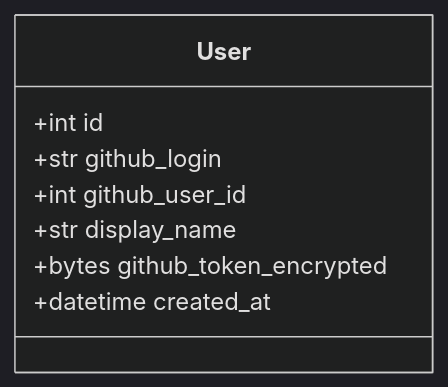
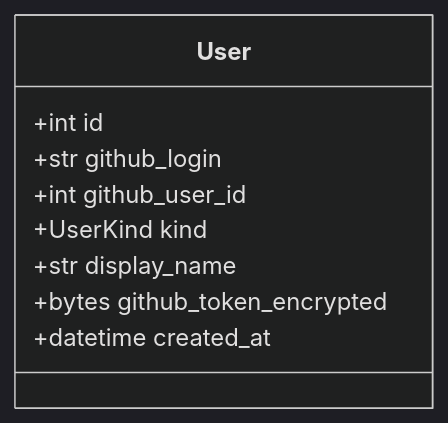
One commit to HoyoungParkme/syncdoc changed the eighth of 22 diagrams in docs/specs/06-DOM/SYNC-DOM-002.md. Above: the diagram before and after it, drawn with Mermaid (dark theme). The commit also changed other lines of this file, not shown here.

First line of the commit message:
spec(SYNC-DOM-002): User.kind · UserKind · ensure_local_user·local_user · user_for_commit 폐쇄망판

````diff
--- a/docs/specs/06-DOM/SYNC-DOM-002.md
+++ b/docs/specs/06-DOM/SYNC-DOM-002.md
@@ -332,11 +332,12 @@
 ```mermaid
 classDiagram
     class User {
         +int id
         +str github_login
         +int github_user_id
+        +UserKind kind
         +str display_name
         +bytes github_token_encrypted
         +datetime created_at
     }
 ```
````
